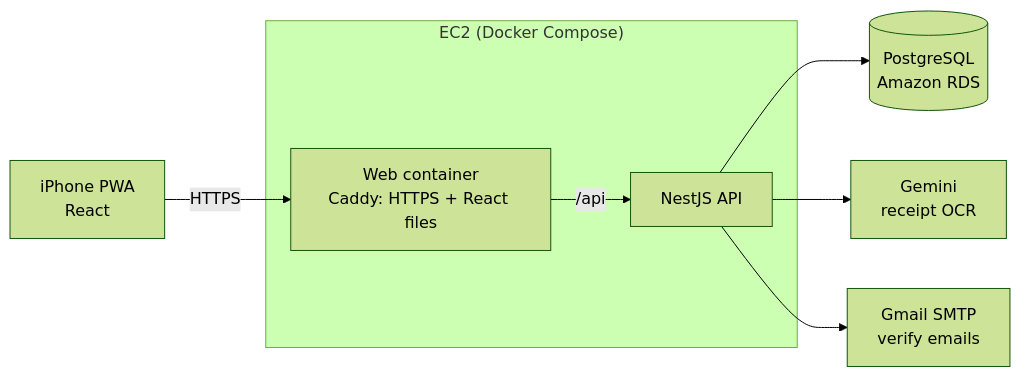
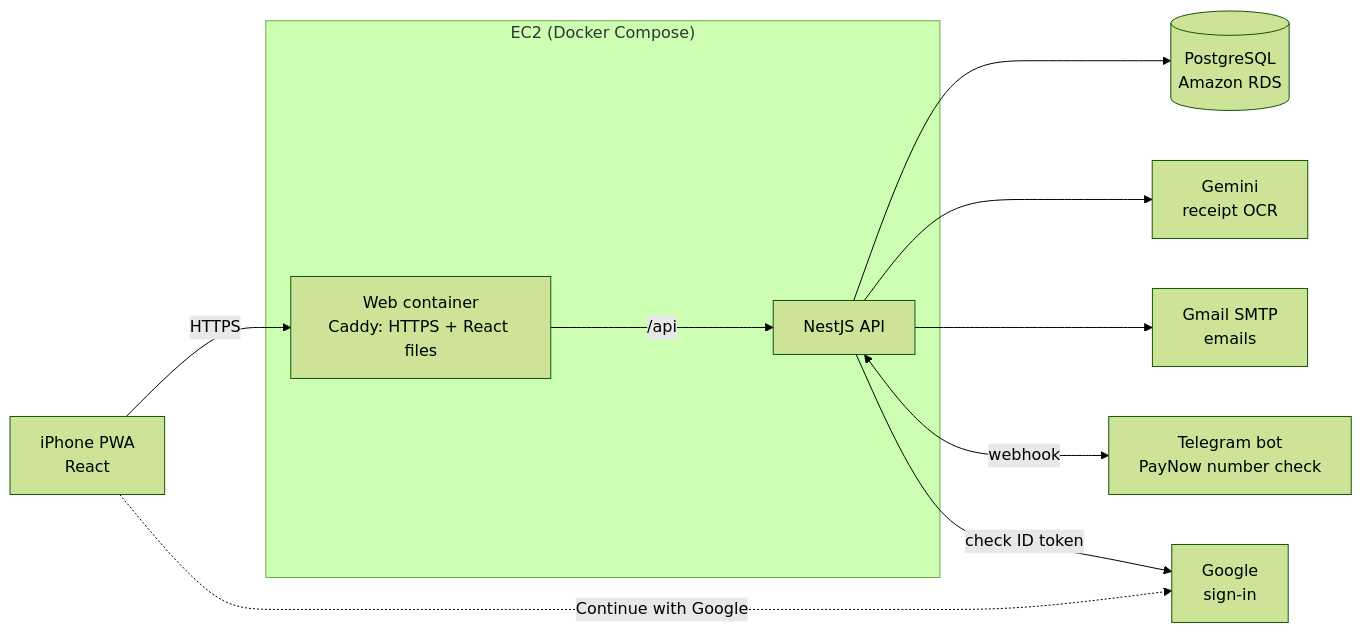
One commit to cheewei0123/ay2626s2-cicdp-ChongCheeWei changed the diagram in README.md. Above: the diagram before and after it, drawn with Mermaid (forest theme). The commit also changed other lines of this file, not shown here.

Commit message:
KAN-87 docs(readme): Sprint 4 features, settings, diagram and milestone status (#125)

````diff
--- a/README.md
+++ b/README.md
@@ -38,17 +39,22 @@
 ```mermaid
 flowchart LR
   U[iPhone PWA<br/>React]
   subgraph EC2["EC2 (Docker Compose)"]
     C[Web container<br/>Caddy: HTTPS + React files]
     A[NestJS API]
   end
   DB[(PostgreSQL<br/>Amazon RDS)]
   G[Gemini<br/>receipt OCR]
-  E[Gmail SMTP<br/>verify emails]
+  E[Gmail SMTP<br/>emails]
+  T[Telegram bot<br/>PayNow number check]
+  GO[Google<br/>sign-in]
 
   U -->|HTTPS| C
   C -->|/api| A
   A --> DB
   A --> G
   A --> E
+  A <-->|webhook| T
+  U -.->|Continue with Google| GO
+  A -->|check ID token| GO
 ```
````
